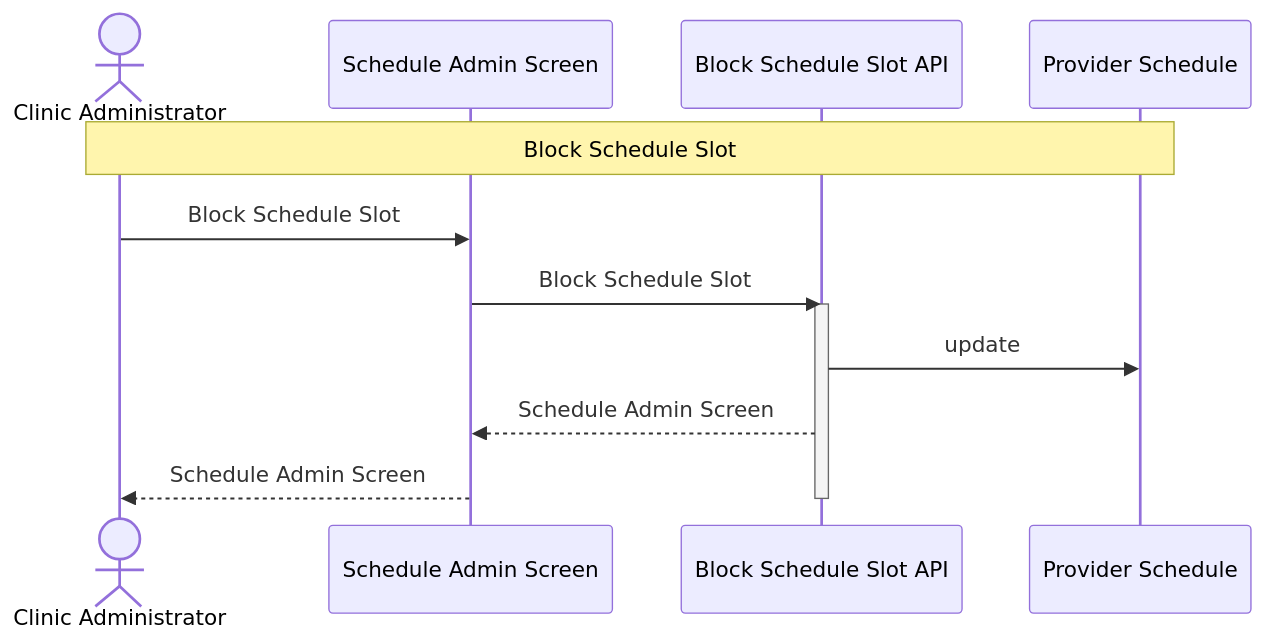
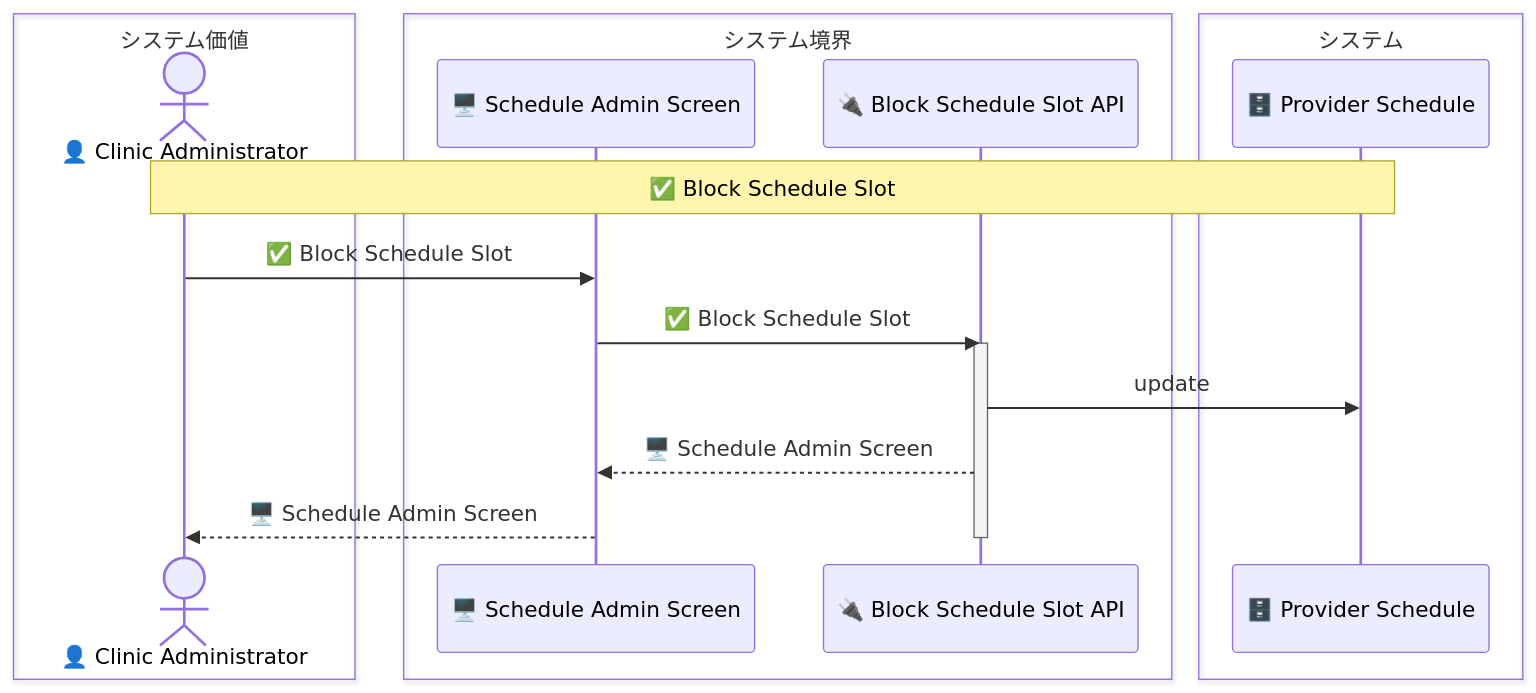
The diagram in samples/clinic-ops/out/uc/sequence_block_schedule_slot.mmd (manji-0/rdra-ish-dsl), drawn with Mermaid before and after one commit. The commit also changed 114 other files, not shown here.

Commit message:
feat: update rdra diagram layering

```diff
--- a/samples/clinic-ops/out/uc/sequence_block_schedule_slot.mmd
+++ b/samples/clinic-ops/out/uc/sequence_block_schedule_slot.mmd
@@ -1,14 +1,20 @@
 sequenceDiagram
-  actor ClinicAdmin as Clinic Administrator
-  participant ScheduleAdminScreen as Schedule Admin Screen
-  participant BlockScheduleSlotApi as Block Schedule Slot API
-  participant ProviderSchedule as Provider Schedule
+  box システム価値
+    actor ClinicAdmin as 👤 Clinic Administrator
+  end
+  box システム境界
+    participant ScheduleAdminScreen as 🖥️ Schedule Admin Screen
+    participant BlockScheduleSlotApi as 🔌 Block Schedule Slot API
+  end
+  box システム
+    participant ProviderSchedule as 🗄️ Provider Schedule
+  end
 
-  Note over ClinicAdmin,ProviderSchedule: Block Schedule Slot
-  ClinicAdmin->>ScheduleAdminScreen: Block Schedule Slot
-  ScheduleAdminScreen->>BlockScheduleSlotApi: Block Schedule Slot
+  Note over ClinicAdmin,ProviderSchedule: ✅ Block Schedule Slot
+  ClinicAdmin->>ScheduleAdminScreen: ✅ Block Schedule Slot
+  ScheduleAdminScreen->>BlockScheduleSlotApi: ✅ Block Schedule Slot
   activate BlockScheduleSlotApi
   BlockScheduleSlotApi->>ProviderSchedule: update
-  BlockScheduleSlotApi-->>ScheduleAdminScreen: Schedule Admin Screen
-  ScheduleAdminScreen-->>ClinicAdmin: Schedule Admin Screen
+  BlockScheduleSlotApi-->>ScheduleAdminScreen: 🖥️ Schedule Admin Screen
+  ScheduleAdminScreen-->>ClinicAdmin: 🖥️ Schedule Admin Screen
   deactivate BlockScheduleSlotApi
```
